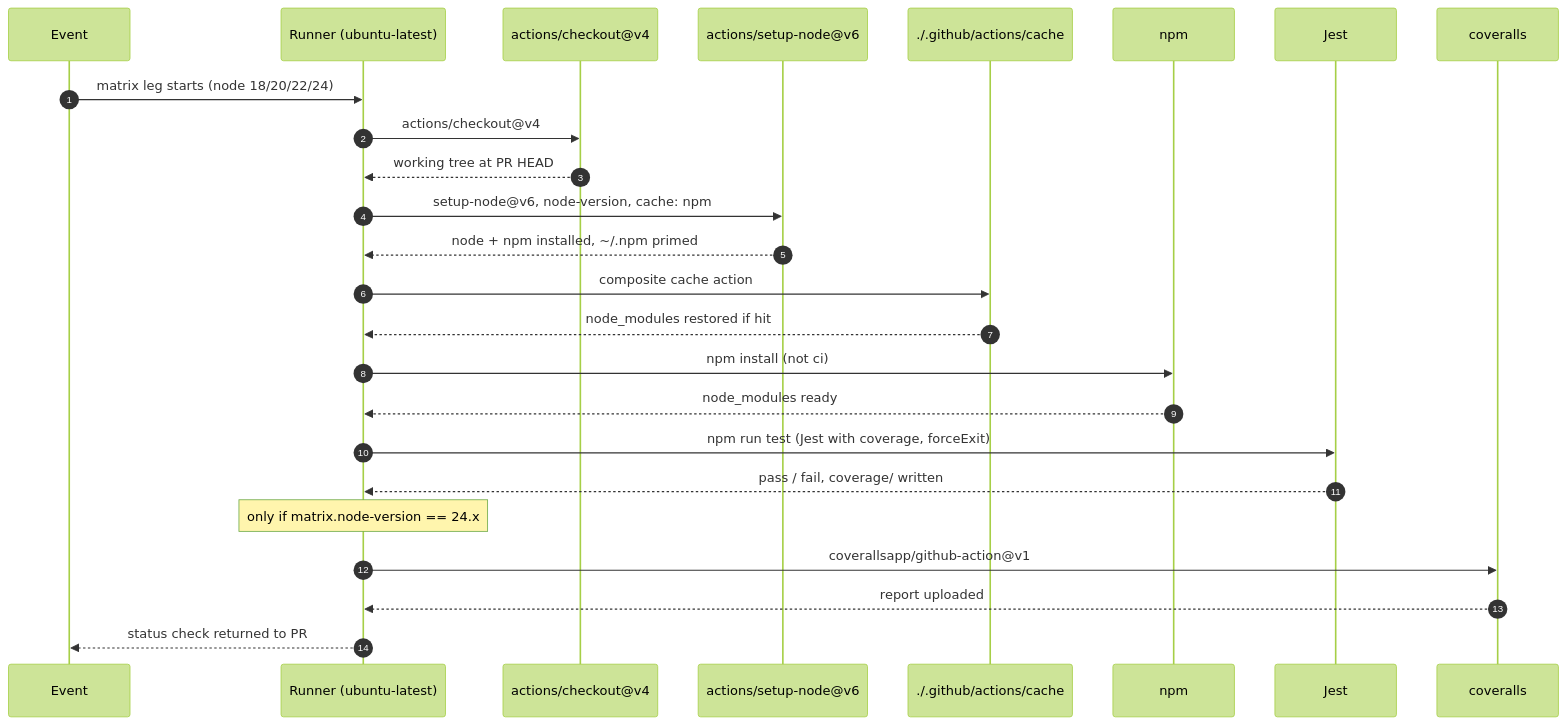
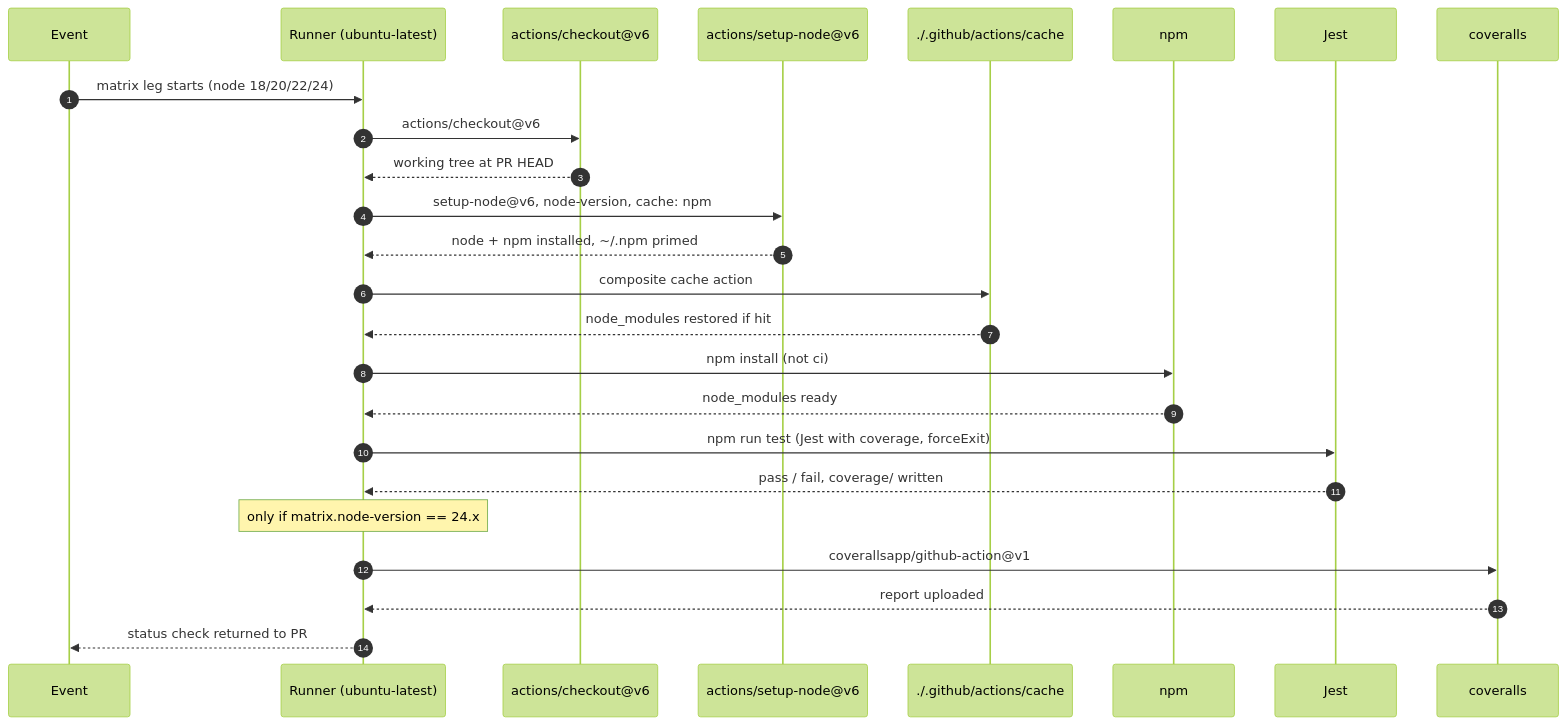
The fourth of 9 diagrams in .github/docs/TESTS_DEEP_DIVE.md (llm-exe/llm-exe), drawn with Mermaid (forest theme) before and after one commit. The commit also changed other lines of this file and 19 other files, not shown here.

First line of the commit message:
Update GitHub Actions to use latest versions of create-github-app-token and checkout actions

````diff
--- a/.github/docs/TESTS_DEEP_DIVE.md
+++ b/.github/docs/TESTS_DEEP_DIVE.md
@@ -165,28 +165,28 @@
 ```mermaid
 sequenceDiagram
     autonumber
     participant E as Event
     participant R as Runner (ubuntu-latest)
-    participant CO as actions/checkout@v4
+    participant CO as actions/checkout@v6
     participant SN as actions/setup-node@v6
     participant CA as ./.github/actions/cache
     participant NPM as npm
     participant J as Jest
     participant CV as coveralls
 
     E->>R: matrix leg starts (node 18/20/22/24)
-    R->>CO: actions/checkout@v4
+    R->>CO: actions/checkout@v6
     CO-->>R: working tree at PR HEAD
     R->>SN: setup-node@v6, node-version, cache: npm
     SN-->>R: node + npm installed, ~/.npm primed
     R->>CA: composite cache action
     CA-->>R: node_modules restored if hit
     R->>NPM: npm install (not ci)
     NPM-->>R: node_modules ready
     R->>J: npm run test (Jest with coverage, forceExit)
     J-->>R: pass / fail, coverage/ written
     Note over R: only if matrix.node-version == 24.x
     R->>CV: coverallsapp/github-action@v1
     CV-->>R: report uploaded
     R-->>E: status check returned to PR
 ```
````
